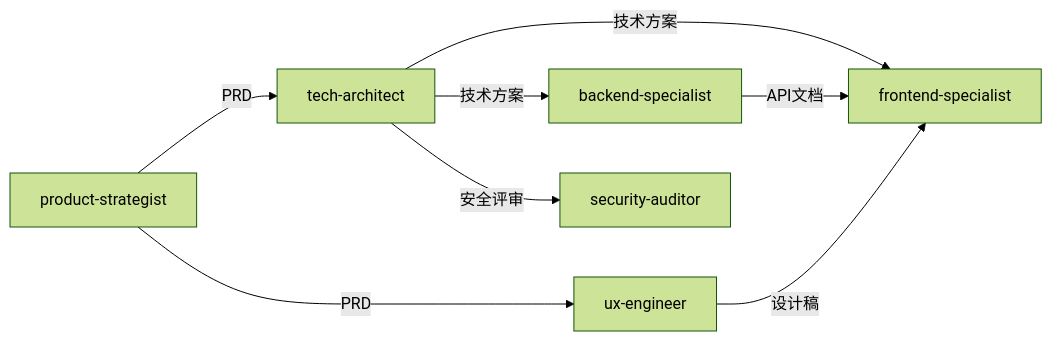
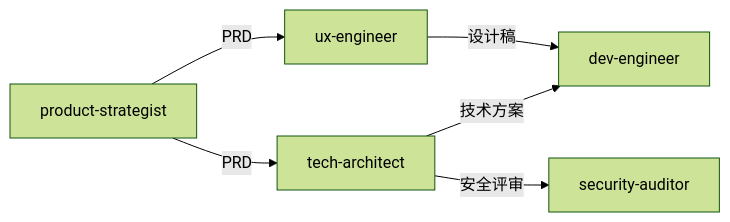
One commit to Tooooommy/Trae-Workflow changed the fourth of 6 diagrams in skills/orchestrator/SKILL.md. Above: the diagram before and after it, drawn with Mermaid (forest theme). The commit also changed other lines of this file and 17 other files, not shown here.

````diff
--- a/skills/orchestrator/SKILL.md
+++ b/skills/orchestrator/SKILL.md
@@ -248,10 +248,8 @@
 ```mermaid
 flowchart LR
     P[product-strategist] -->|PRD| TA[tech-architect]
     P -->|PRD| UX[ux-engineer]
-    TA -->|技术方案| FE[frontend-specialist]
-    TA -->|技术方案| BE[backend-specialist]
+    TA -->|技术方案| DEV[dev-engineer]
     TA -->|安全评审| SA[security-auditor]
-    BE -->|API文档| FE
-    UX -->|设计稿| FE
+    UX -->|设计稿| DEV
 ```
````
